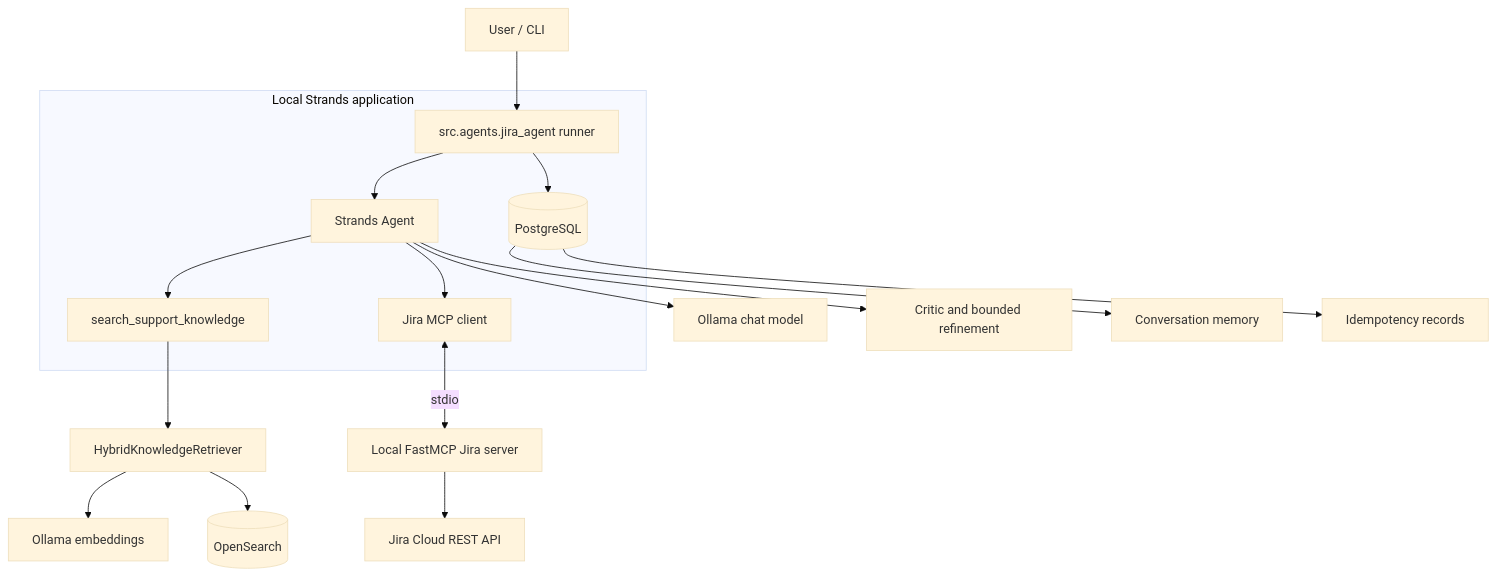
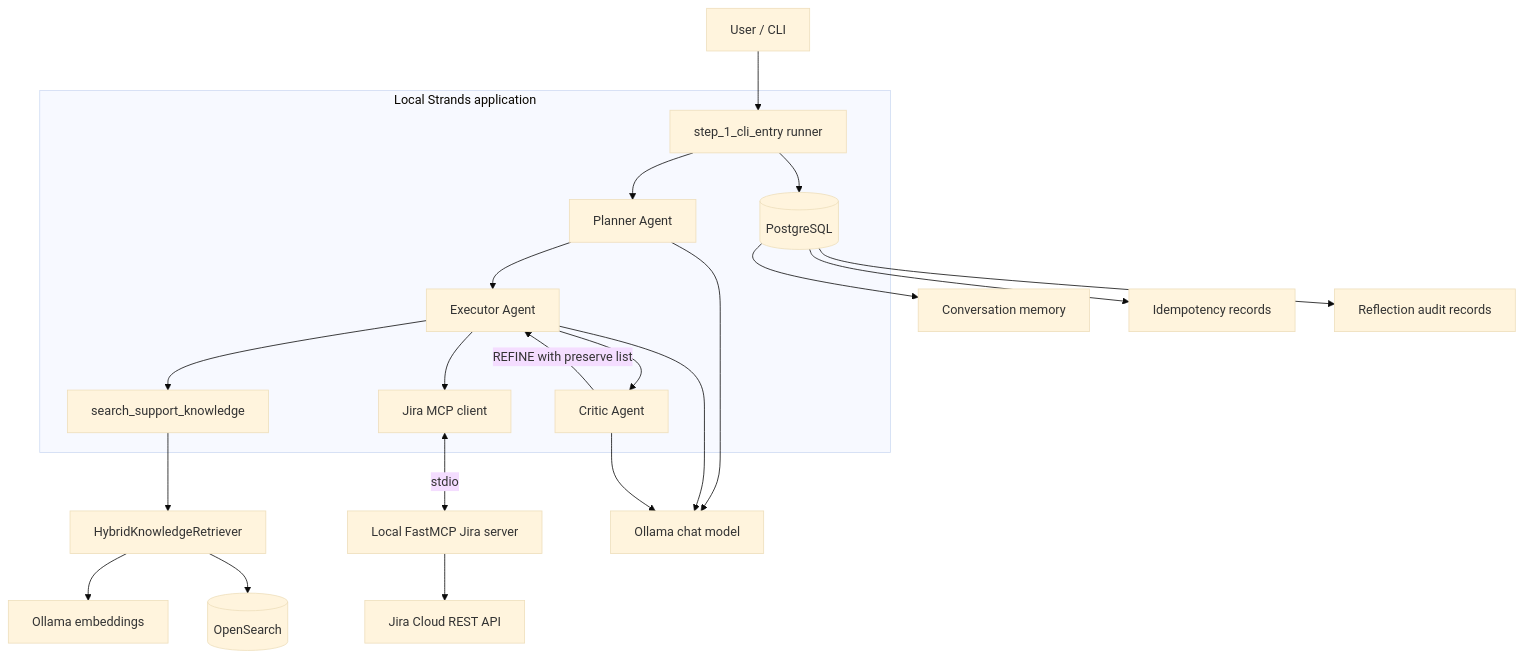
Before and after one commit to taniShant/poc-agentic-rag-jiraMcp: the first of 3 diagrams in DOCS/Usecase.md, drawn with Mermaid (base theme). The commit also changed other lines of this file and 57 other files, not shown here.

````diff
--- a/DOCS/Usecase.md
+++ b/DOCS/Usecase.md
@@ -21,24 +21,29 @@
 ```mermaid
 flowchart TD
-    U[User / CLI] --> R[src.agents.jira_agent runner]
+    U[User / CLI] --> R[step_1_cli_entry runner]
 
     subgraph APP[Local Strands application]
         R --> P[(PostgreSQL)]
-        R --> A[Strands Agent]
-        A --> T1[search_support_knowledge]
-        A --> T2[Jira MCP client]
+        R --> PA[Planner Agent]
+        PA --> EA[Executor Agent]
+        EA --> CA[Critic Agent]
+        CA -->|REFINE with preserve list| EA
+        EA --> T1[search_support_knowledge]
+        EA --> T2[Jira MCP client]
     end
 
     T1 --> H[HybridKnowledgeRetriever]
     H --> E[Ollama embeddings]
     H --> O[(OpenSearch)]
 
     T2 <-->|stdio| M[Local FastMCP Jira server]
     M --> J[Jira Cloud REST API]
 
-    A --> L[Ollama chat model]
-    A --> C[Critic and bounded refinement]
+    PA --> L[Ollama chat model]
+    EA --> L
+    CA --> L
 
     P --> PM[Conversation memory]
     P --> PI[Idempotency records]
+    P --> PR[Reflection audit records]
 ```
````
